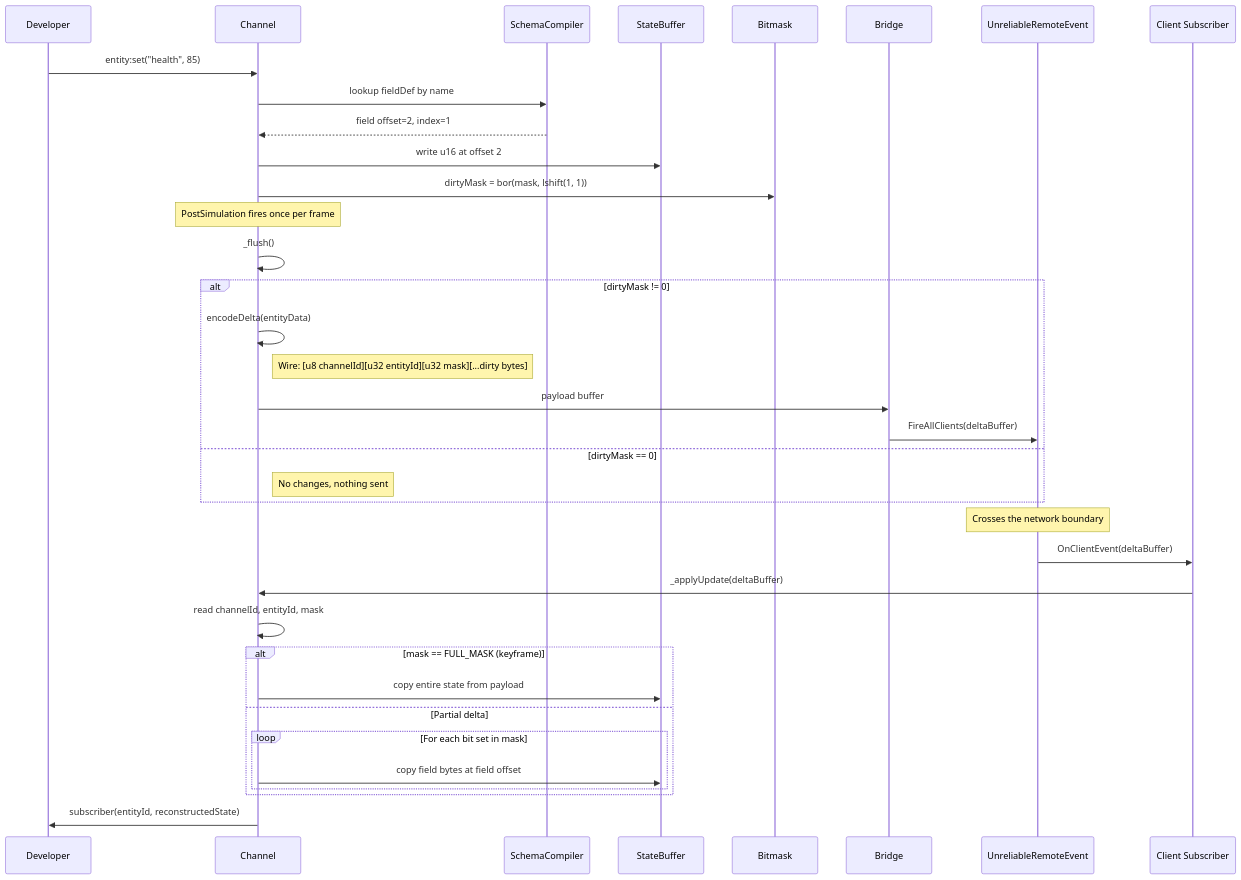
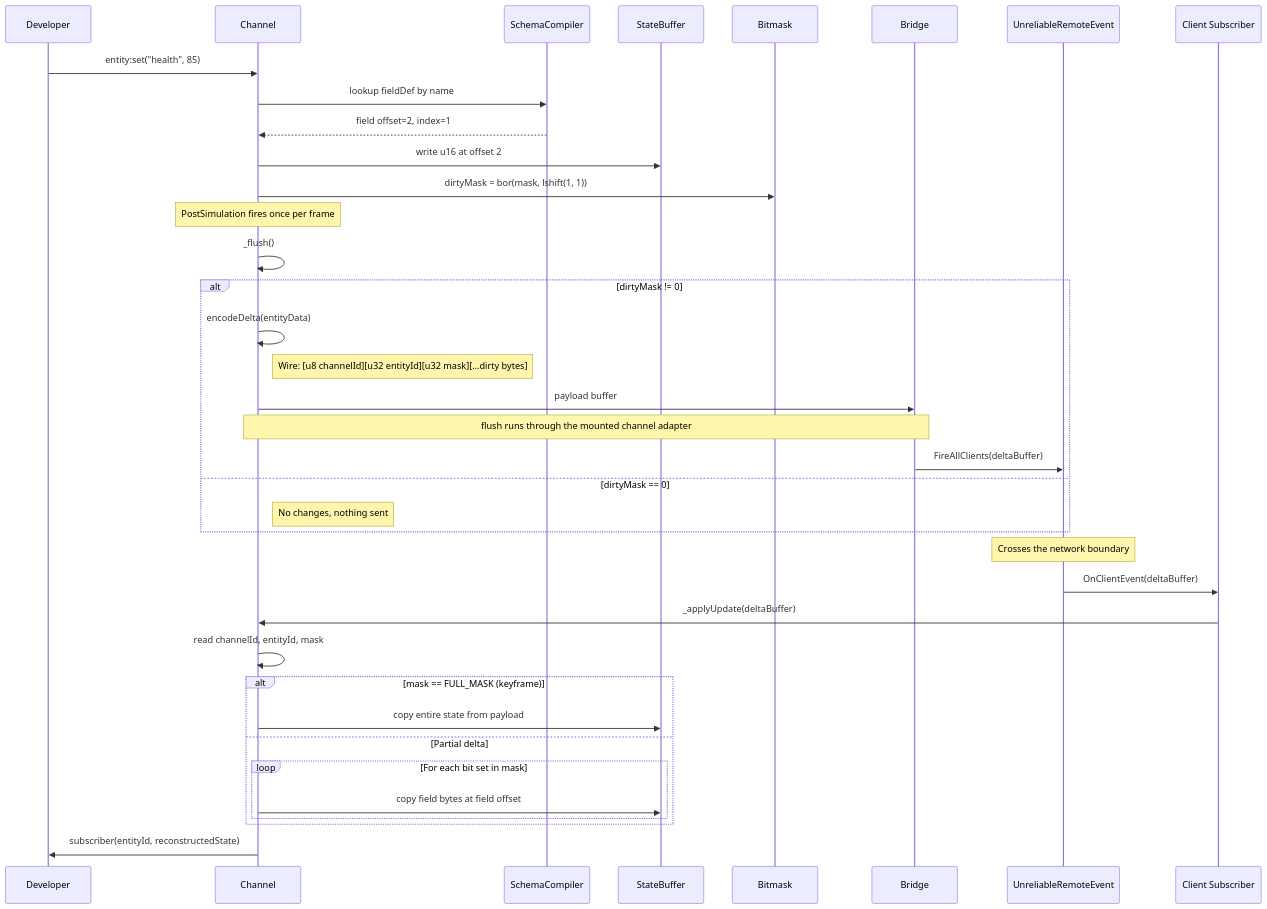
Before and after one commit to bookek/satset: the second of 2 diagrams in docs/guide/architecture.md, drawn with Mermaid. The commit also changed other lines of this file and 3 other files, not shown here.

````diff
--- a/docs/guide/architecture.md
+++ b/docs/guide/architecture.md
@@ -138,43 +145,44 @@
 ```mermaid
 sequenceDiagram
     participant Dev as Developer
     participant CH as Channel
     participant SC as SchemaCompiler
     participant SB as StateBuffer
     participant BM as Bitmask
     participant BR as Bridge
     participant URE as UnreliableRemoteEvent
     participant Client as Client Subscriber
 
     Dev->>CH: entity:set("health", 85)
     CH->>SC: lookup fieldDef by name
     SC-->>CH: field offset=2, index=1
     CH->>SB: write u16 at offset 2
     CH->>BM: dirtyMask = bor(mask, lshift(1, 1))
 
     Note over CH: PostSimulation fires once per frame
 
     CH->>CH: _flush()
     alt dirtyMask != 0
         CH->>CH: encodeDelta(entityData)
         Note right of CH: Wire: [u8 channelId][u32 entityId][u32 mask][...dirty bytes]
         CH->>BR: payload buffer
+        Note over CH,BR: flush runs through the mounted channel adapter
         BR->>URE: FireAllClients(deltaBuffer)
     else dirtyMask == 0
         Note right of CH: No changes, nothing sent
     end
 
     Note over URE: Crosses the network boundary
 
     URE->>Client: OnClientEvent(deltaBuffer)
     Client->>CH: _applyUpdate(deltaBuffer)
     CH->>CH: read channelId, entityId, mask
     alt mask == FULL_MASK (keyframe)
         CH->>SB: copy entire state from payload
     else Partial delta
         loop For each bit set in mask
             CH->>SB: copy field bytes at field offset
         end
     end
     CH->>Dev: subscriber(entityId, reconstructedState)
 ```
````
